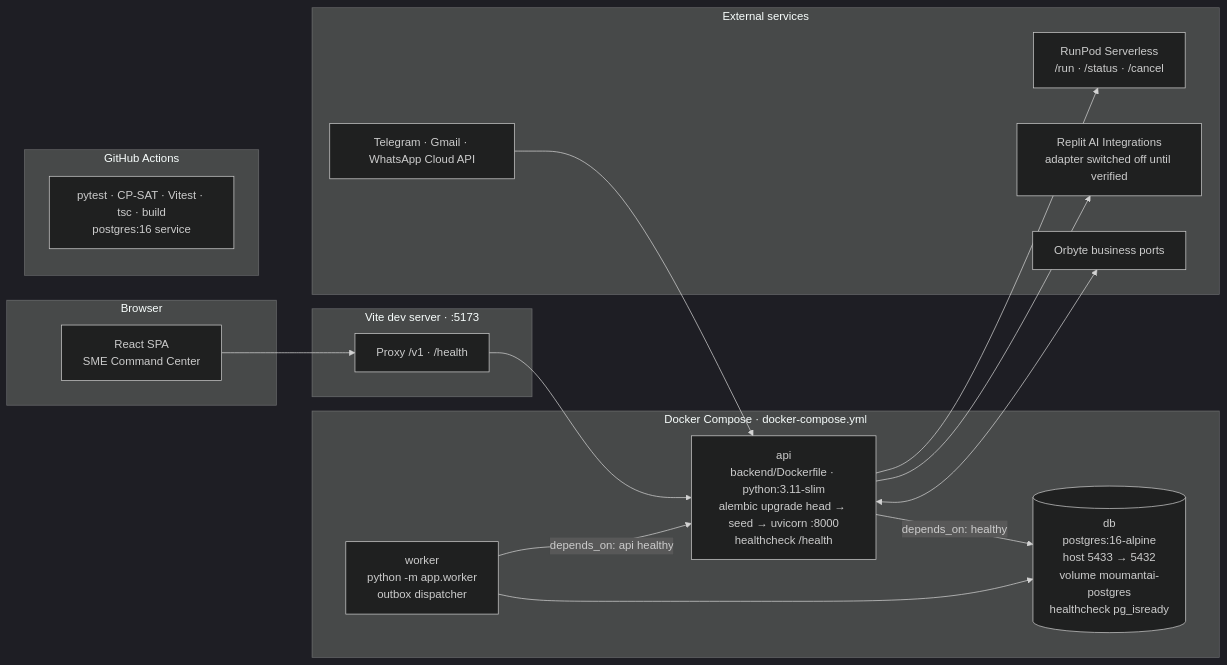
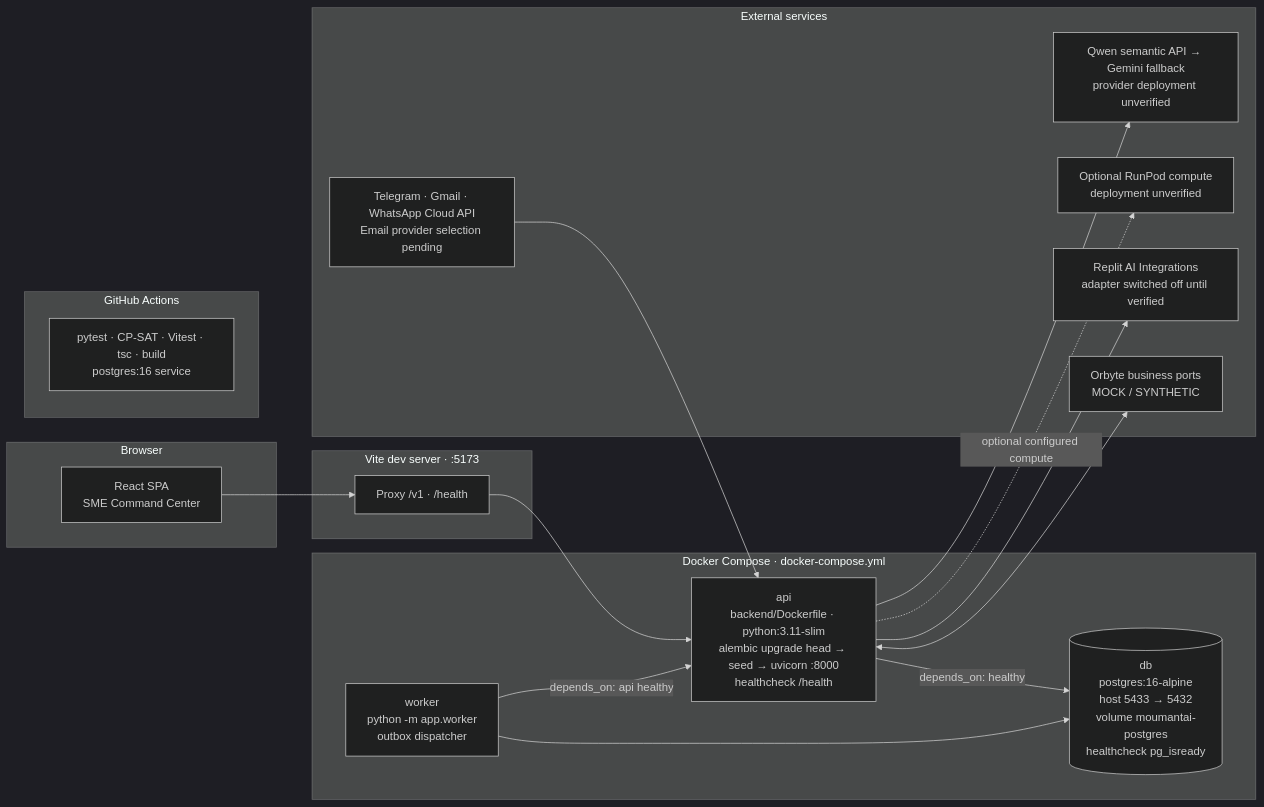
Before and after one commit to jiahui-1101/MouManTAI: the eighth of 8 diagrams in README.md, drawn with Mermaid (dark theme). The commit also changed other lines of this file, not shown here.

````diff
--- a/README.md
+++ b/README.md
@@ -874,36 +965,38 @@
 ```mermaid
 flowchart LR
     subgraph USER["Browser"]
         UI["React SPA<br/>SME Command Center"]
     end
 
     subgraph VITE["Vite dev server · :5173"]
         PX["Proxy /v1 · /health"]
     end
 
     subgraph COMPOSE["Docker Compose · docker-compose.yml"]
         DB[("db<br/>postgres:16-alpine<br/>host 5433 → 5432<br/>volume moumantai-postgres<br/>healthcheck pg_isready")]
         API["api<br/>backend/Dockerfile · python:3.11-slim<br/>alembic upgrade head → seed → uvicorn :8000<br/>healthcheck /health"]
         WK["worker<br/>python -m app.worker<br/>outbox dispatcher"]
     end
 
     subgraph EXT["External services"]
-        RP["RunPod Serverless<br/>/run · /status · /cancel"]
-        CHN["Telegram · Gmail · WhatsApp Cloud API"]
+        LLM["Qwen semantic API → Gemini fallback<br/>provider deployment unverified"]
+        RP["Optional RunPod compute<br/>deployment unverified"]
+        CHN["Telegram · Gmail · WhatsApp Cloud API<br/>Email provider selection pending"]
         RAI["Replit AI Integrations<br/>adapter switched off until verified"]
-        ORB["Orbyte business ports"]
+        ORB["Orbyte business ports<br/>MOCK / SYNTHETIC"]
     end
 
     subgraph CI["GitHub Actions"]
         GHA["pytest · CP-SAT · Vitest · tsc · build<br/>postgres:16 service"]
     end
 
     UI --> PX --> API
     API -->|"depends_on: healthy"| DB
     WK -->|"depends_on: api healthy"| API
     WK --> DB
-    API --> RP
+    API --> LLM
+    API -. optional configured compute .-> RP
     CHN --> API
     API --> RAI
     API <--> ORB
 ```
````
